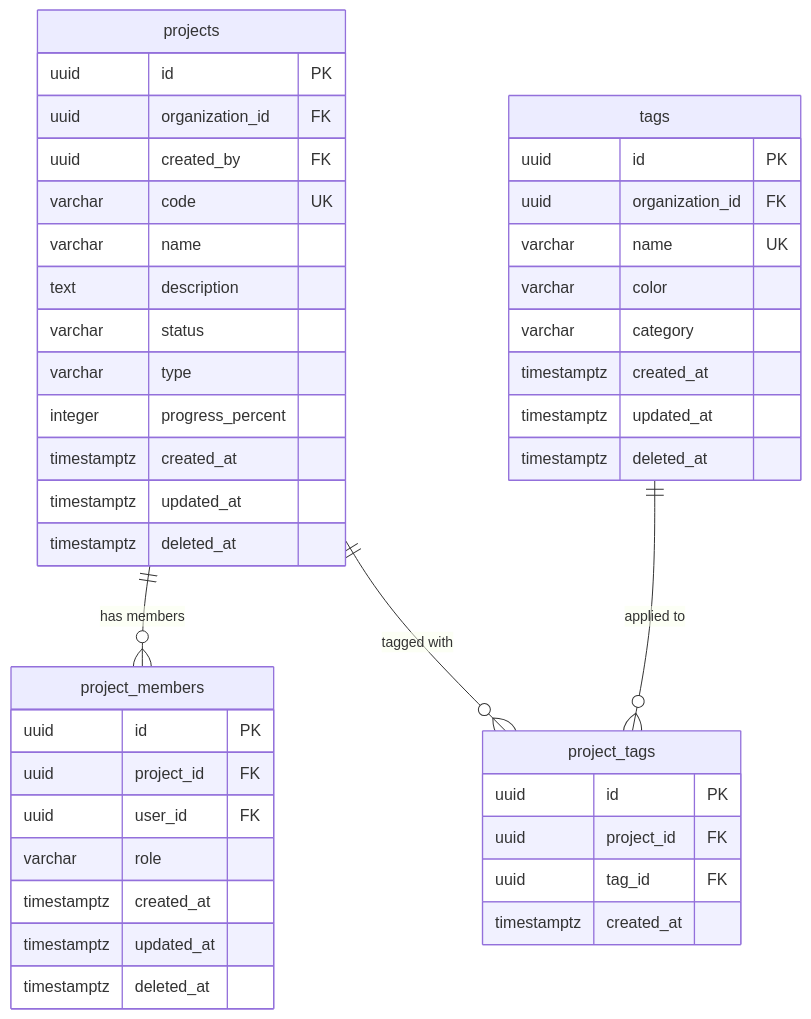
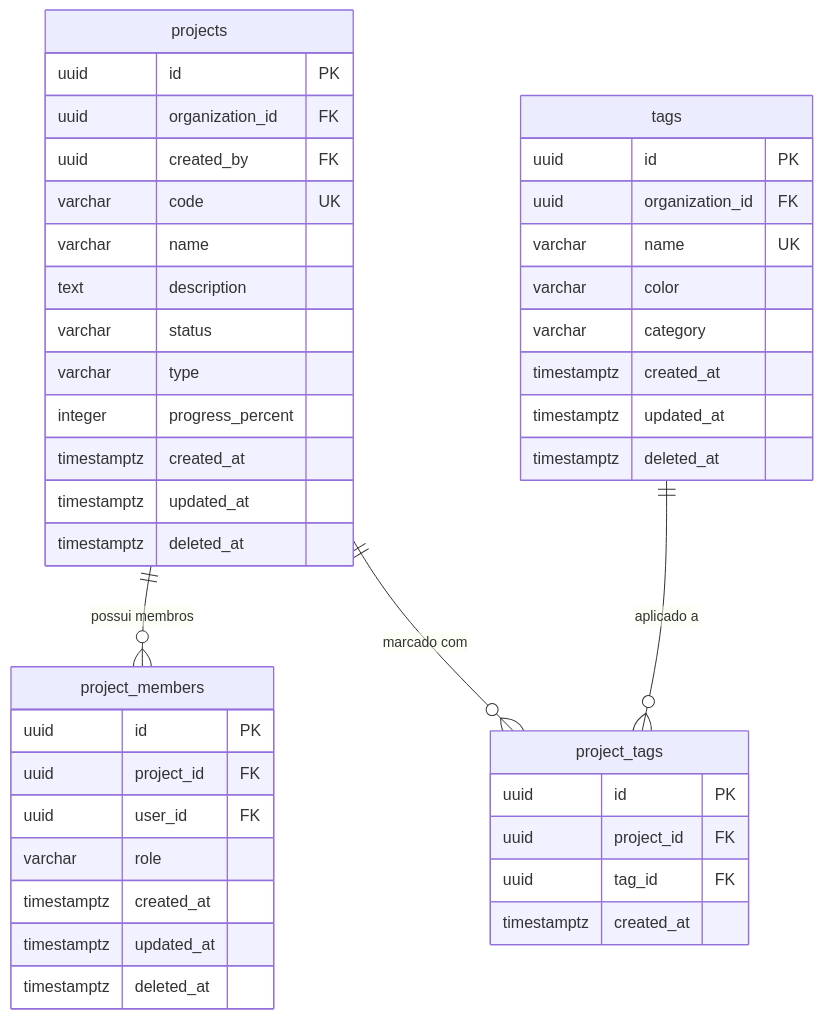
Before and after one commit to renatobardi/oute-main: the second of 8 diagrams in docs/database/schema-excalidraw.md, drawn with Mermaid. The commit also changed other lines of this file and 23 other files, not shown here.

````diff
--- a/docs/database/schema-excalidraw.md
+++ b/docs/database/schema-excalidraw.md
@@ -68,49 +68,49 @@
 ```mermaid
 erDiagram
     projects {
         uuid id PK
         uuid organization_id FK
         uuid created_by FK
         varchar code UK
         varchar name
         text description
         varchar status
         varchar type
         integer progress_percent
         timestamptz created_at
         timestamptz updated_at
         timestamptz deleted_at
     }
 
     project_members {
         uuid id PK
         uuid project_id FK
         uuid user_id FK
         varchar role
         timestamptz created_at
         timestamptz updated_at
         timestamptz deleted_at
     }
 
     tags {
         uuid id PK
         uuid organization_id FK
         varchar name UK
         varchar color
         varchar category
         timestamptz created_at
         timestamptz updated_at
         timestamptz deleted_at
     }
 
     project_tags {
         uuid id PK
         uuid project_id FK
         uuid tag_id FK
         timestamptz created_at
     }
 
-    projects ||--o{ project_members : "has members"
-    projects ||--o{ project_tags : "tagged with"
-    tags ||--o{ project_tags : "applied to"
+    projects ||--o{ project_members : "possui membros"
+    projects ||--o{ project_tags : "marcado com"
+    tags ||--o{ project_tags : "aplicado a"
 ```
````
